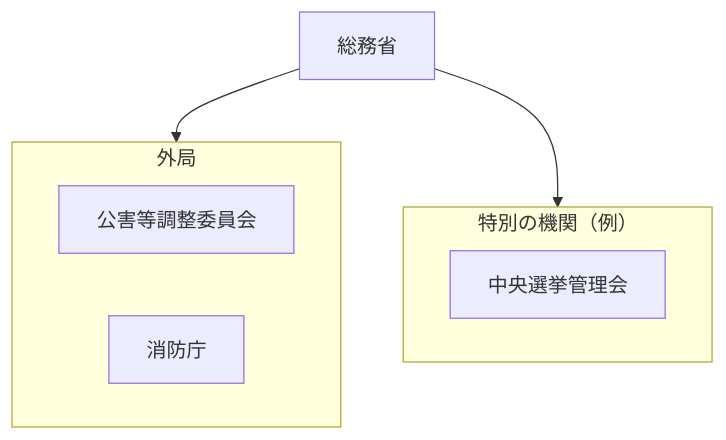
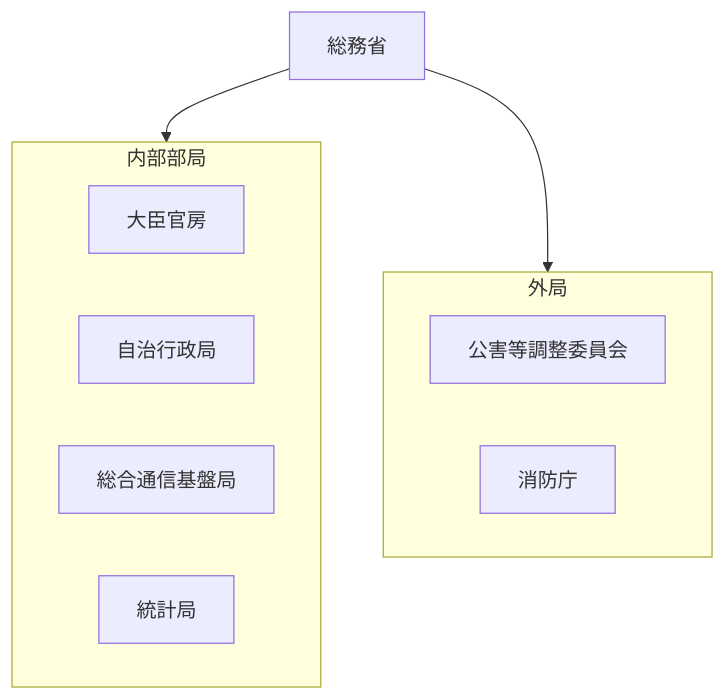
Before and after one commit to tatemaru/jp-admin-org-chart: the diagram in 行政機構/総務省/README.md, drawn with Mermaid. The commit also changed other lines of this file and 18 other files, not shown here.

````diff
--- a/行政機構/総務省/README.md
+++ b/行政機構/総務省/README.md
@@ -5,13 +5,16 @@
 ```mermaid
 flowchart TB
   root["総務省"]
-  subgraph g0["外局"]
-    n0_0["公害等調整委員会"]
-    n0_1["消防庁"]
+  subgraph g0["内部部局"]
+    n0_0["大臣官房"]
+    n0_1["自治行政局"]
+    n0_2["総合通信基盤局"]
+    n0_3["統計局"]
   end
   root --> g0
-  subgraph g1["特別の機関（例）"]
-    n1_0["中央選挙管理会"]
+  subgraph g1["外局"]
+    n1_0["公害等調整委員会"]
+    n1_1["消防庁"]
   end
   root --> g1
 ```
````
